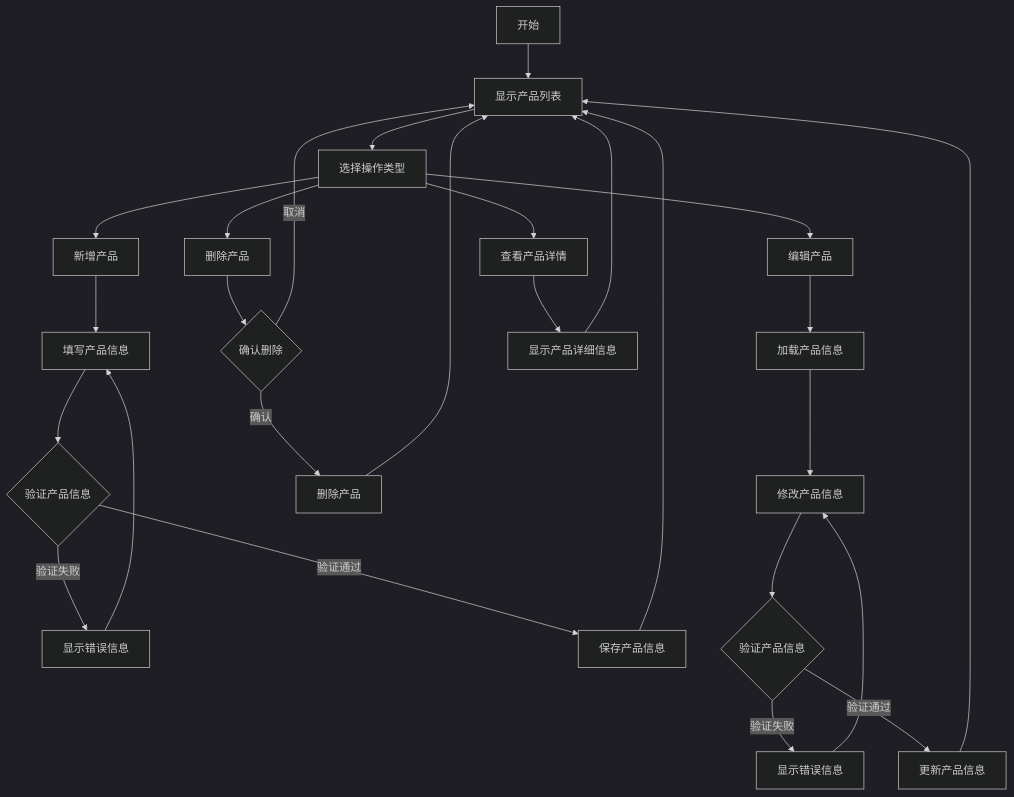
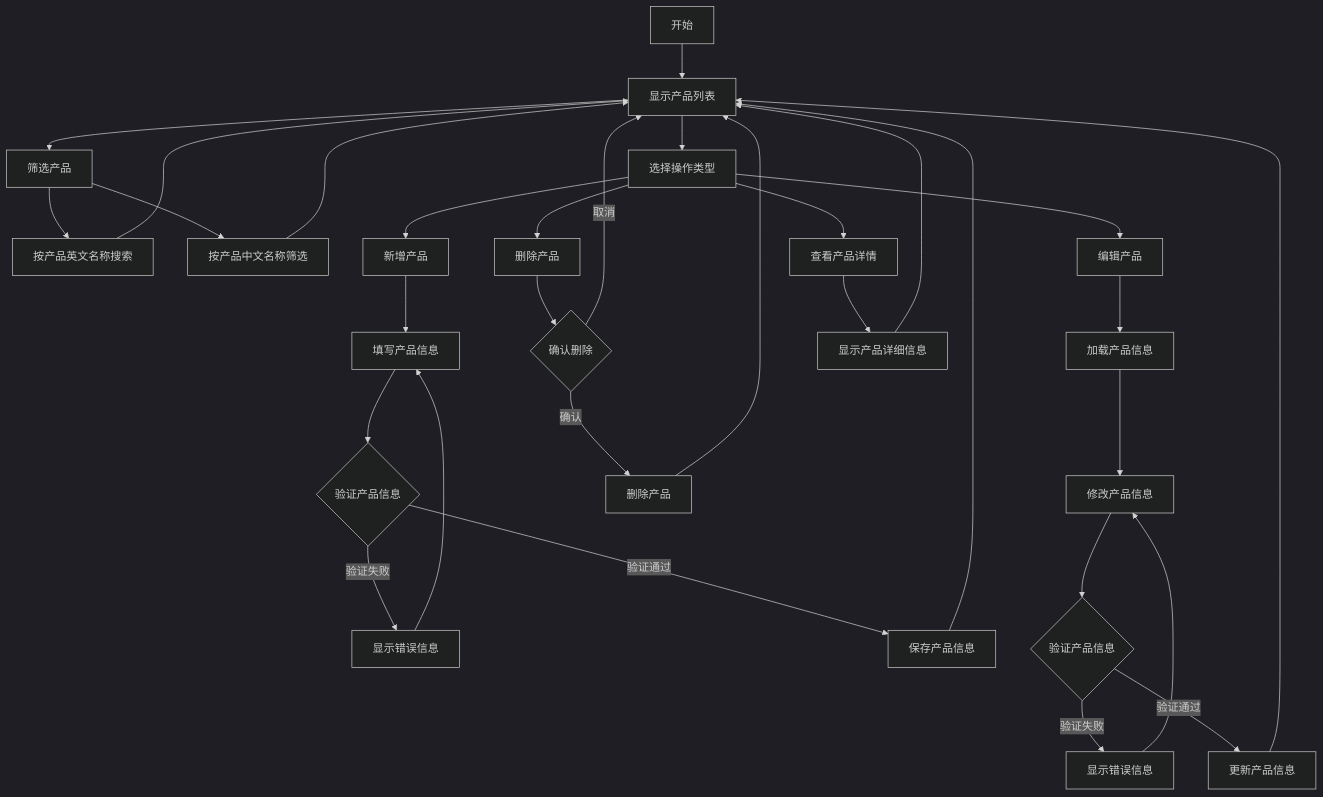
Before and after one commit to luolong47/DSMS: the first of 4 diagrams in README.md, drawn with Mermaid (dark theme). The commit also changed other lines of this file and 9 other files, not shown here.

````diff
--- a/README.md
+++ b/README.md
@@ -12,32 +12,37 @@
 ```mermaid
 flowchart TD
     A[开始] --> B[显示产品列表]
+    B --> T[筛选产品]
+    T --> T1[按产品英文名称搜索]
+    T --> T2[按产品中文名称筛选]
+    T1 --> B
+    T2 --> B
     B --> C[选择操作类型]
     C --> D[新增产品]
     C --> E[编辑产品]
     C --> F[删除产品]
     C --> G[查看产品详情]
     
     D --> H[填写产品信息]
     H --> I{验证产品信息}
     I -->|验证失败| J[显示错误信息]
     J --> H
     I -->|验证通过| K[保存产品信息]
     K --> B
     
     E --> L[加载产品信息]
     L --> M[修改产品信息]
     M --> N{验证产品信息}
     N -->|验证失败| O[显示错误信息]
     O --> M
     N -->|验证通过| P[更新产品信息]
     P --> B
     
     F --> Q{确认删除}
     Q -->|取消| B
     Q -->|确认| R[删除产品]
     R --> B
     
     G --> S[显示产品详细信息]
     S --> B
 ```
````
